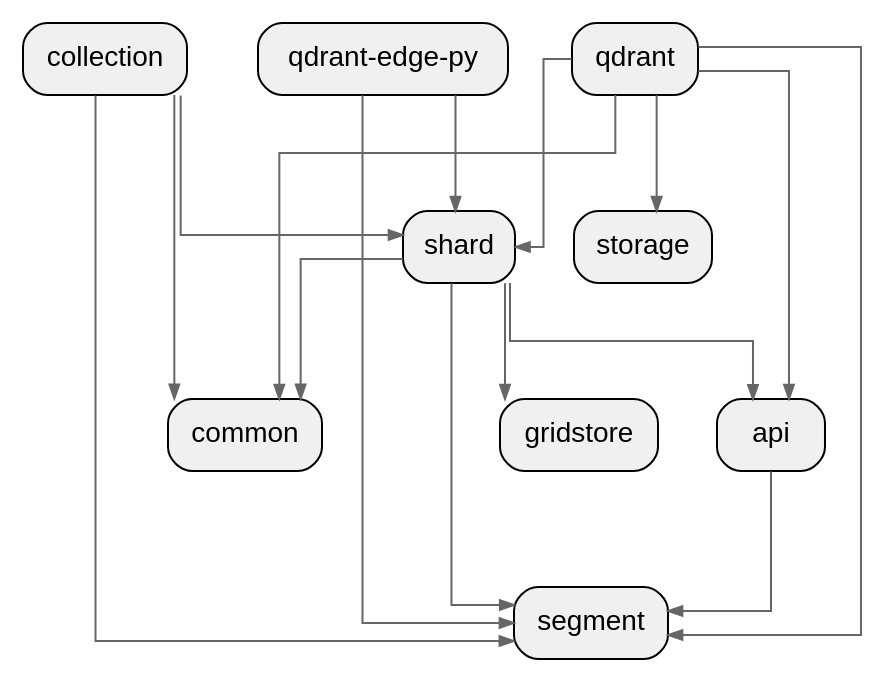
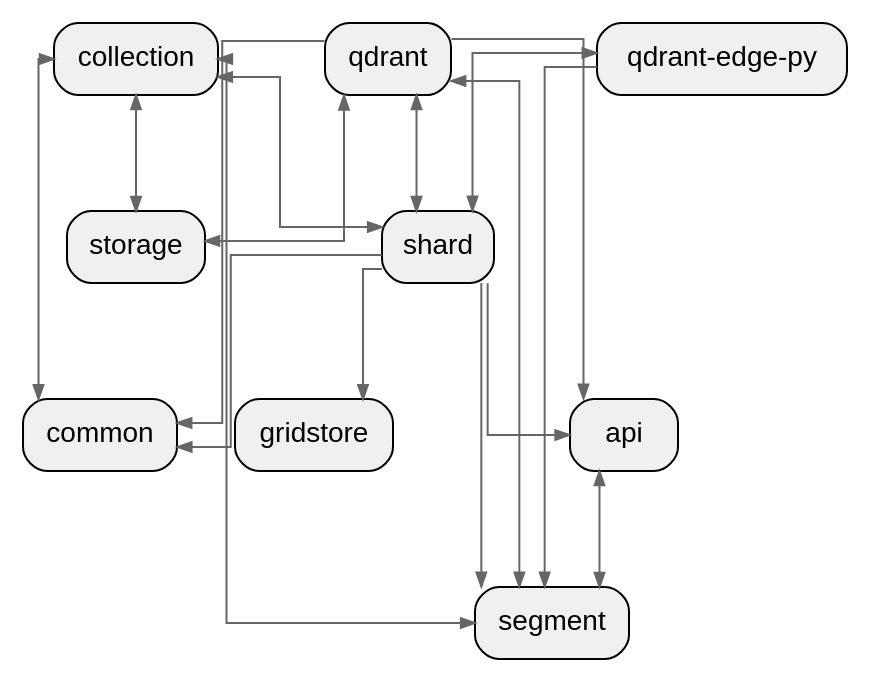
The diagram in sample/qdrant/depth_1_crate.dot (allenanswerzq/llmcc), drawn with Graphviz before and after one commit. The commit also changed 187 other files, not shown here.

```diff
--- a/sample/qdrant/depth_1_crate.dot
+++ b/sample/qdrant/depth_1_crate.dot
@@ -1,41 +1,42 @@
 digraph architecture {
   // Layout settings
   rankdir=TB;
   ranksep=0.8;
   nodesep=0.4;
   splines=ortho;
   concentrate=true;
 
   node [shape=box, style="rounded,filled", fillcolor="#f0f0f0", fontname="Helvetica"];
   edge [color="#666666", arrowsize=0.7];
 
   labelloc=t;
   fontsize=16;
   fontname="Helvetica Bold";
 
   crate_api[label="api"];
   crate_collection[label="collection"];
   crate_common[label="common"];
   crate_gridstore[label="gridstore"];
   crate_qdrant[label="qdrant"];
   crate_qdrant_edge_py[label="qdrant-edge-py"];
   crate_segment[label="segment"];
   crate_shard[label="shard"];
   crate_storage[label="storage"];
 
-  crate_api -> crate_segment;
-  crate_collection -> crate_common;
-  crate_collection -> crate_segment;
-  crate_collection -> crate_shard;
+  crate_api -> crate_segment [dir=both]; // best-effort not accurate
+  crate_collection -> crate_common [dir=both]; // best-effort not accurate
+  crate_collection -> crate_segment [dir=both]; // best-effort not accurate
+  crate_collection -> crate_shard [dir=both]; // best-effort not accurate
+  crate_collection -> crate_storage [dir=both]; // best-effort not accurate
   crate_qdrant -> crate_api;
   crate_qdrant -> crate_common;
-  crate_qdrant -> crate_segment;
-  crate_qdrant -> crate_shard;
-  crate_qdrant -> crate_storage;
+  crate_qdrant -> crate_segment [dir=both]; // best-effort not accurate
+  crate_qdrant -> crate_shard [dir=both]; // best-effort not accurate
+  crate_qdrant -> crate_storage [dir=both]; // best-effort not accurate
   crate_qdrant_edge_py -> crate_segment;
-  crate_qdrant_edge_py -> crate_shard;
+  crate_qdrant_edge_py -> crate_shard [dir=both]; // best-effort not accurate
   crate_shard -> crate_api;
   crate_shard -> crate_common;
   crate_shard -> crate_gridstore;
   crate_shard -> crate_segment;
 }
```
